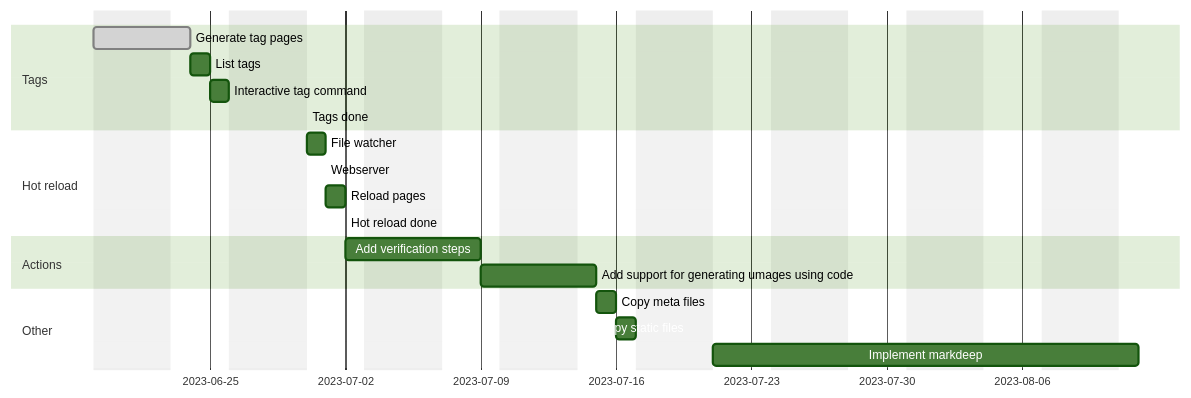
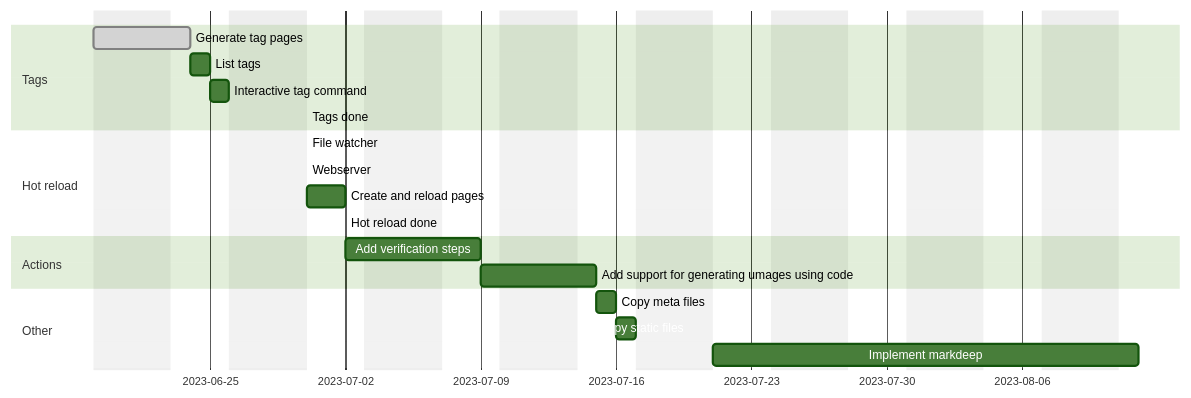
Before and after one commit to madeso/blaggen: the diagram in readme.md, drawn with Mermaid (forest theme).

Commit message:
Updated plan

````diff
--- a/readme.md
+++ b/readme.md
@@ -43,28 +43,28 @@
 ```mermaid
 gantt
     dateFormat  YYYY-MM-DD
     section Plan
     excludes monday, tuesday, wednesday, thursday
 
     section Tags
     Generate tag pages: done, tag_pages, 2023-06-19, 2d
     List tags: list_tags, after tag_pages, 1d
     Interactive tag command: tag_command, after list_tags, 1d
     Tags done: tags_done, after tag_command, 0h
 
     section Hot reload
-    File watcher: file_watcher, after tags_done, 1d
+    File watcher: done, file_watcher, after tags_done, 0d
     Webserver: done, webserver, after file_watcher, 0d
-    Reload pages: reload_pages, after webserver, 1d
+    Create and reload pages: reload_pages, after webserver, 2d
     Hot reload done: hotreload_done, after reload_pages, 0d
     
     section Actions
     Add verification steps: action_verify, after hotreload_done, 3d
     Add support for generating umages using code: action_image, after action_verify, 2d
 
     section Other
     Copy meta files: copy_meta, after action_image, 1d
     Copy static files: copy_static, after copy_meta, 1d
 
     Implement markdeep: after copy_static, 10d
 ```
````
